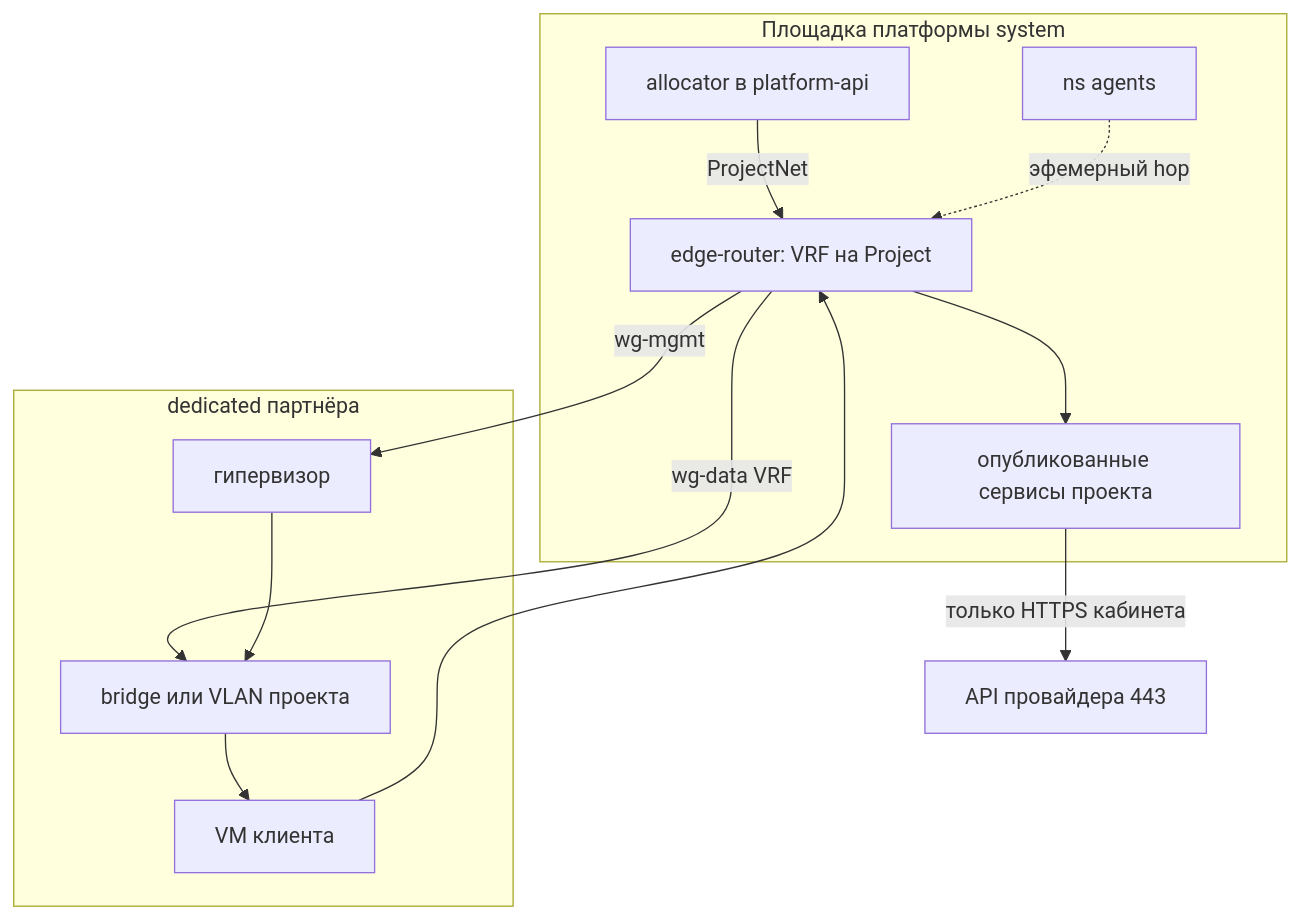
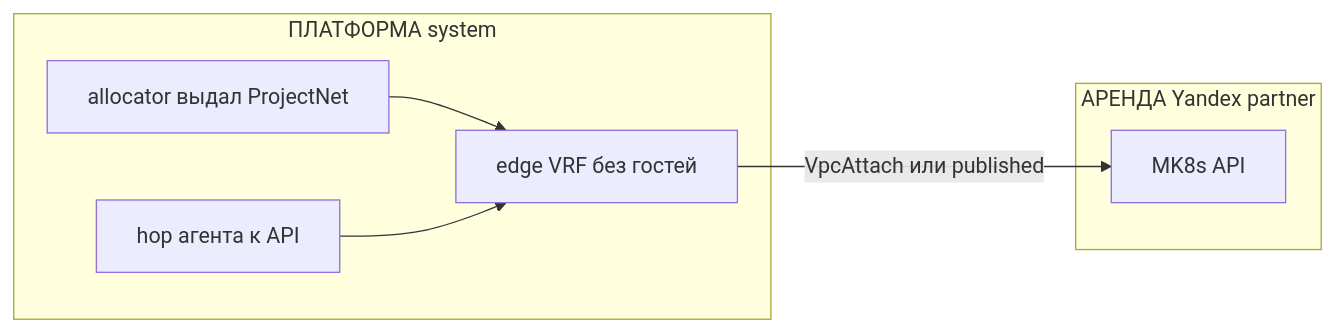
The ninth of 12 diagrams in docs/adr/0028-platform-network.md (vinogradovia/ansible-devops-uslugi), drawn with Mermaid before and after one commit. The commit also changed other lines of this file, not shown here.

First line of the commit message:
docs(adr-0028): варианты услуги U1–U9, схемы и расположение ресурсов

````diff
--- a/docs/adr/0028-platform-network.md
+++ b/docs/adr/0028-platform-network.md
@@ -30,24 +582,14 @@
 ```mermaid
-flowchart TB
-    subgraph plat [Площадка платформы system]
-        Alloc["allocator в platform-api"]
-        Edge["edge-router: VRF на Project"]
-        Core["опубликованные сервисы проекта"]
-        Ag["ns agents"]
+flowchart LR
+    subgraph plat [ПЛАТФОРМА system]
+        Alloc["allocator выдал ProjectNet"]
+        Edge["edge VRF без гостей"]
+        Hop["hop агента к API"]
     end
-    SelAPI["API провайдера 443"]
-    subgraph dedi [dedicated партнёра]
-        PVE["гипервизор"]
-        TenBr["bridge или VLAN проекта"]
-        VM["VM клиента"]
+    subgraph yx [АРЕНДА Yandex partner]
+        Api["MK8s API"]
     end
-    Alloc -->|"ProjectNet"| Edge
-    Core -->|"только HTTPS кабинета"| SelAPI
-    Edge -->|"wg-mgmt"| PVE
-    Edge -->|"wg-data VRF"| TenBr
-    PVE --> TenBr
-    TenBr --> VM
-    VM --> Edge
-    Edge --> Core
-    Ag -.->|"эфемерный hop"| Edge
+    Alloc --> Edge
+    Edge -->|"VpcAttach или published"| Api
+    Hop --> Edge
 ```
````
